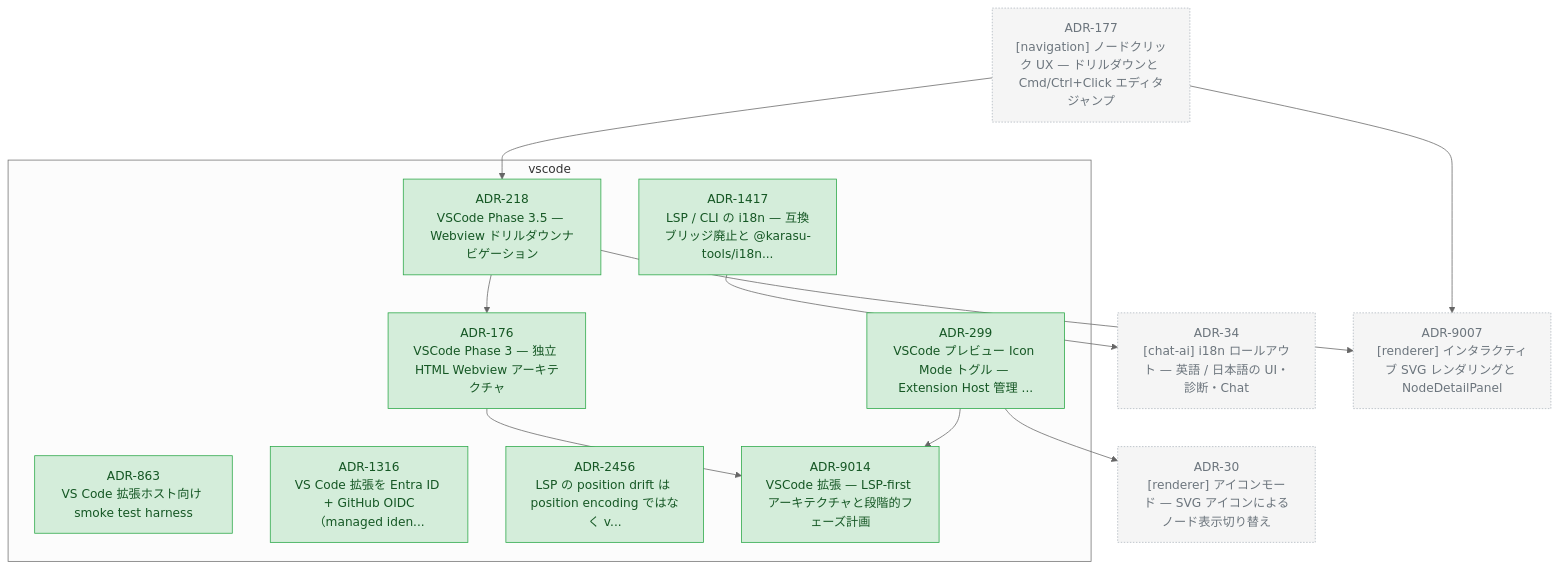
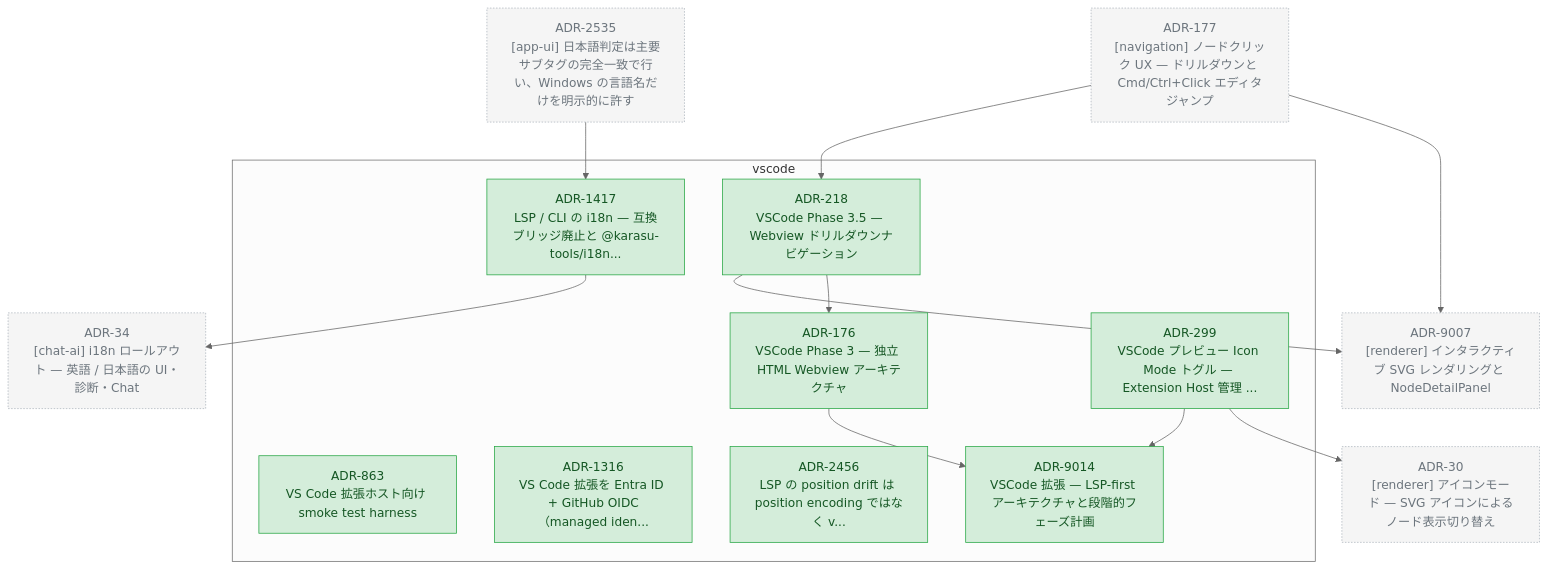
The diagram in docs/adr/graph/vscode.md (kompiro/karasu), drawn with Mermaid (neutral theme) before and after one commit. The commit also changed 14 other files, not shown here.

````diff
--- a/docs/adr/graph/vscode.md
+++ b/docs/adr/graph/vscode.md
@@ -6,44 +6,47 @@
 ```mermaid
 flowchart TD
   subgraph vscode["vscode"]
     ADR_176["ADR-176<br/>VSCode Phase 3 — 独立 HTML Webview アーキテクチャ"]
     ADR_218["ADR-218<br/>VSCode Phase 3.5 — Webview ドリルダウンナビゲーション"]
     ADR_299["ADR-299<br/>VSCode プレビュー Icon Mode トグル — Extension Host 管理 ..."]
     ADR_863["ADR-863<br/>VS Code 拡張ホスト向け smoke test harness"]
     ADR_1316["ADR-1316<br/>VS Code 拡張を Entra ID + GitHub OIDC（managed iden..."]
     ADR_1417["ADR-1417<br/>LSP / CLI の i18n — 互換ブリッジ廃止と @karasu-tools/i18n..."]
     ADR_2456["ADR-2456<br/>LSP の position drift は position encoding ではなく v..."]
     ADR_9014["ADR-9014<br/>VSCode 拡張 — LSP-first アーキテクチャと段階的フェーズ計画"]
   end
   ADR_30["ADR-30<br/>[renderer] アイコンモード — SVG アイコンによるノード表示切り替え"]
   ADR_34["ADR-34<br/>[chat-ai] i18n ロールアウト — 英語 / 日本語の UI・診断・Chat"]
   ADR_177["ADR-177<br/>[navigation] ノードクリック UX — ドリルダウンと Cmd/Ctrl+Click エディタジャンプ"]
+  ADR_2535["ADR-2535<br/>[app-ui] 日本語判定は主要サブタグの完全一致で行い、Windows の言語名だけを明示的に許す"]
   ADR_9007["ADR-9007<br/>[renderer] インタラクティブ SVG レンダリングと NodeDetailPanel"]
   ADR_176 --> ADR_9014
   ADR_218 --> ADR_176
   ADR_218 --> ADR_9007
   ADR_299 --> ADR_30
   ADR_299 --> ADR_9014
   ADR_1417 --> ADR_34
   ADR_177 --> ADR_9007
   ADR_177 --> ADR_218
+  ADR_2535 --> ADR_1417
 
   classDef accepted fill:#d4edda,stroke:#28a745,color:#155724
   classDef proposed fill:#fff3cd,stroke:#ffc107,color:#856404
   classDef deprecated fill:#f8d7da,stroke:#dc3545,color:#721c24
   classDef superseded fill:#e2e3e5,stroke:#6c757d,color:#383d41
   classDef not_adopted fill:#e2e3e5,stroke:#6c757d,color:#383d41,stroke-dasharray:3 3
   classDef ghost fill:#f5f5f5,stroke:#adb5bd,color:#6c757d,stroke-dasharray:2 2
   class ADR_176 accepted
   class ADR_218 accepted
   class ADR_299 accepted
   class ADR_863 accepted
   class ADR_1316 accepted
   class ADR_1417 accepted
   class ADR_2456 accepted
   class ADR_9014 accepted
   class ADR_30 ghost
   class ADR_34 ghost
   class ADR_177 ghost
+  class ADR_2535 ghost
   class ADR_9007 ghost
 ```
````
